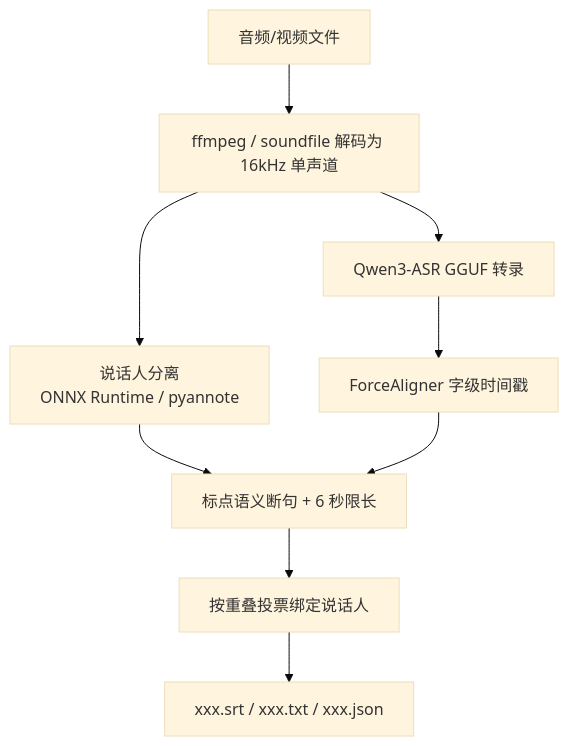
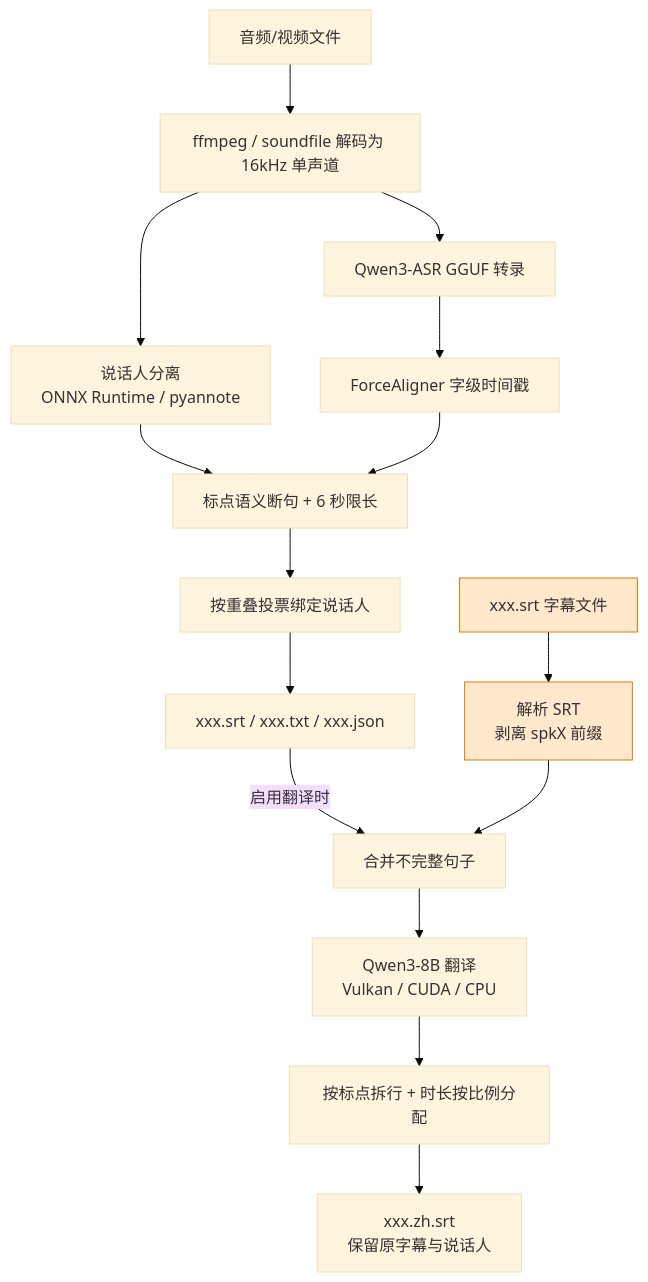
Before and after one commit to iarray/Qwen3-ASR-GGUF: the second of 2 diagrams in README.md, drawn with Mermaid (base theme). The commit also changed other lines of this file and 11 other files, not shown here.

````diff
--- a/README.md
+++ b/README.md
@@ -439,11 +579,20 @@
 ```mermaid
 graph TD
     A[音频/视频文件] --> B[ffmpeg / soundfile 解码为 16kHz 单声道]
     B --> C[说话人分离<br/>ONNX Runtime / pyannote]
     B --> D[Qwen3-ASR GGUF 转录]
     D --> E[ForceAligner 字级时间戳]
     C --> F[标点语义断句 + 6 秒限长]
     E --> F
     F --> G[按重叠投票绑定说话人]
     G --> H[xxx.srt / xxx.txt / xxx.json]
+    H -- 启用翻译时 --> I[合并不完整句子]
+    I --> J[Qwen3-8B 翻译<br/>Vulkan / CUDA / CPU]
+    J --> K[按标点拆行 + 时长按比例分配]
+    K --> L[xxx.zh.srt<br/>保留原字幕与说话人]
+
+    M[xxx.srt 字幕文件] --> N[解析 SRT<br/>剥离 spkX 前缀]
+    N --> I
+    style M fill:#ffe8cc,stroke:#e07b00
+    style N fill:#ffe8cc,stroke:#e07b00
 ```
````
